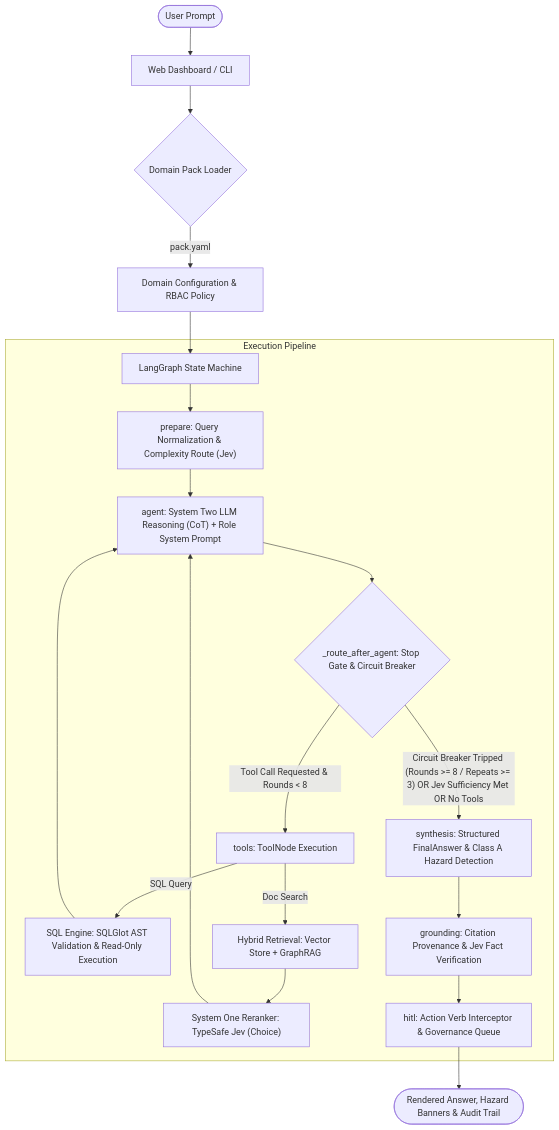
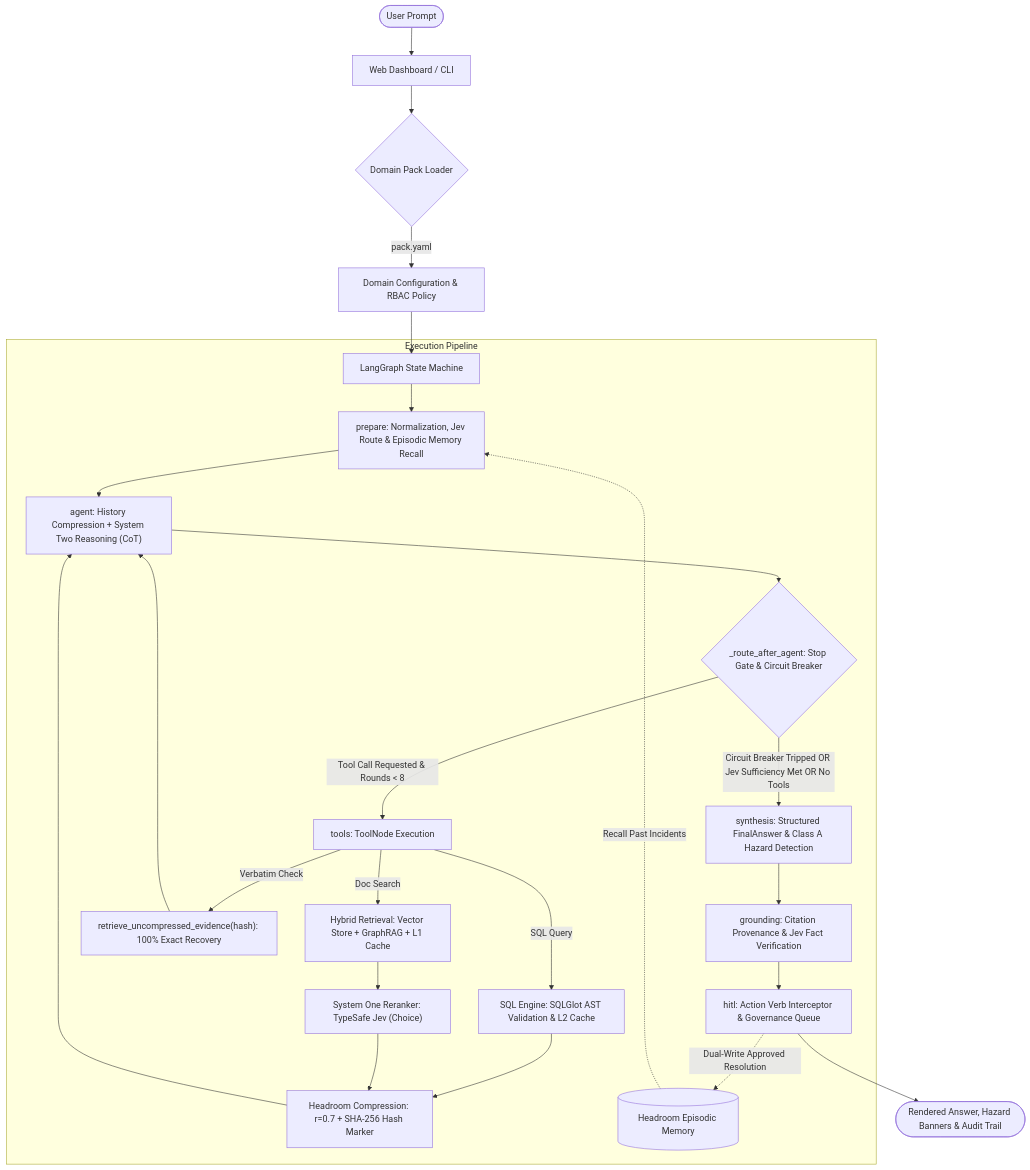
The diagram in README.md (SophiaSama/Manufacturing-Assistant-Agent-Framework), drawn with Mermaid before and after one commit. The commit also changed other lines of this file and 22 other files, not shown here.

First line of the commit message:
feat: Add normalization and ontology for NGA knowledge graph

````diff
--- a/README.md
+++ b/README.md
@@ -36,28 +37,34 @@
 ```mermaid
 graph TD
     User(["User Prompt"]) --> UI["Web Dashboard / CLI"]
     UI --> DomainRouter{"Domain Pack Loader"}
     DomainRouter -- "pack.yaml" --> Config["Domain Configuration & RBAC Policy"]
     
     Config --> Orchestrator["LangGraph State Machine"]
     
     subgraph Execution Pipeline
-        Orchestrator --> Prep["prepare: Query Normalization & Complexity Route (Jev)"]
-        Prep --> Agt["agent: System Two LLM Reasoning (CoT) + Role System Prompt"]
+        Orchestrator --> Prep["prepare: Normalization, Jev Route & Episodic Memory Recall"]
+        Prep --> Agt["agent: History Compression + System Two Reasoning (CoT)"]
         Agt --> Router{"_route_after_agent: Stop Gate & Circuit Breaker"}
         
         Router -- "Tool Call Requested & Rounds < 8" --> Tools["tools: ToolNode Execution"]
-        Tools -- "SQL Query" --> SQLTool["SQL Engine: SQLGlot AST Validation & Read-Only Execution"]
-        Tools -- "Doc Search" --> HybridRetr["Hybrid Retrieval: Vector Store + GraphRAG"]
+        Tools -- "SQL Query" --> SQLTool["SQL Engine: SQLGlot AST Validation & L2 Cache"]
+        Tools -- "Doc Search" --> HybridRetr["Hybrid Retrieval: Vector Store + GraphRAG + L1 Cache"]
         HybridRetr --> JevRerank["System One Reranker: TypeSafe Jev (Choice)"]
         
-        SQLTool --> Agt
-        JevRerank --> Agt
+        SQLTool --> HeadroomCompress["Headroom Compression: r=0.7 + SHA-256 Hash Marker"]
+        JevRerank --> HeadroomCompress
+        Tools -- "Verbatim Check" --> RetrieveRaw["retrieve_uncompressed_evidence(hash): 100% Exact Recovery"]
         
-        Router -- "Circuit Breaker Tripped (Rounds >= 8 / Repeats >= 3) OR Jev Sufficiency Met OR No Tools" --> Synth["synthesis: Structured FinalAnswer & Class A Hazard Detection"]
+        HeadroomCompress --> Agt
+        RetrieveRaw --> Agt
+        
+        Router -- "Circuit Breaker Tripped OR Jev Sufficiency Met OR No Tools" --> Synth["synthesis: Structured FinalAnswer & Class A Hazard Detection"]
         Synth --> Grounding["grounding: Citation Provenance & Jev Fact Verification"]
         Grounding --> HITL["hitl: Action Verb Interceptor & Governance Queue"]
+        HITL -. "Dual-Write Approved Resolution" .-> EpisodicMem[("Headroom Episodic Memory")]
     end
     
+    EpisodicMem -. "Recall Past Incidents" .-> Prep
     HITL --> Output(["Rendered Answer, Hazard Banners & Audit Trail"])
 ```
````
